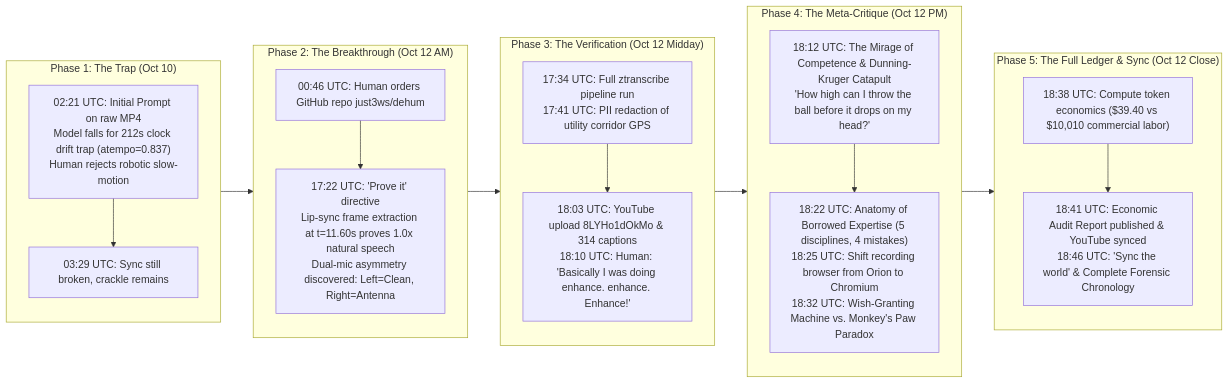
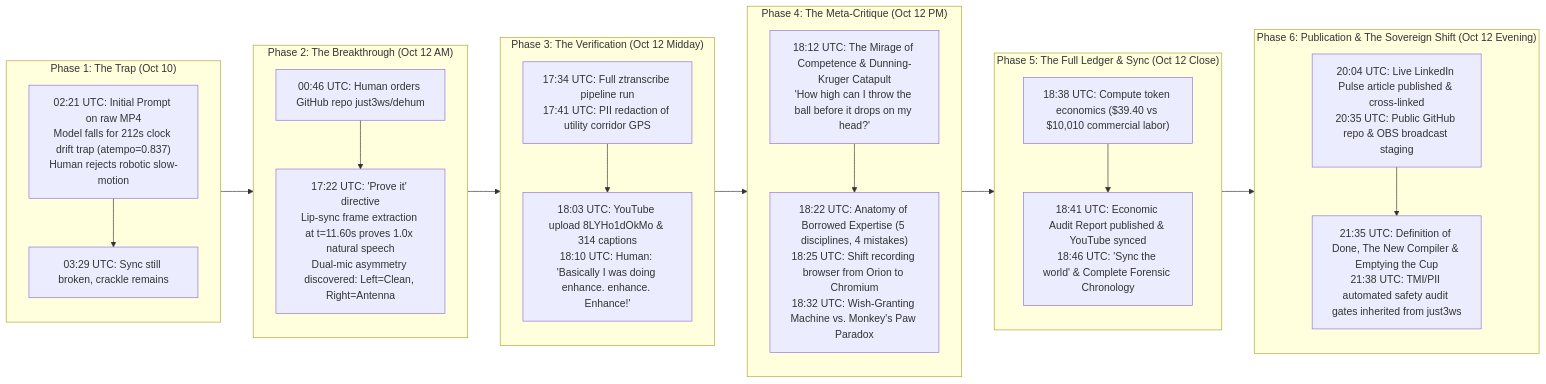
One commit to just3ws/dehum changed the diagram in CONVERSATION_TIMELINE.md. Above: the diagram before and after it, drawn with Mermaid. The commit also changed other lines of this file and 2 other files, not shown here.

Commit message:
feat(security): inherit TMI/PII/PHI audit gate from just3ws, redact email, and publish Act VI in timeline

````diff
--- a/CONVERSATION_TIMELINE.md
+++ b/CONVERSATION_TIMELINE.md
@@ -13,39 +13,46 @@
 ```mermaid
 flowchart LR
     subgraph P1 ["Phase 1: The Trap (Oct 10)"]
         direction TB
         P1_1["02:21 UTC: Initial Prompt on raw MP4<br/>Model falls for 212s clock drift trap (atempo=0.837)<br/>Human rejects robotic slow-motion"]
         P1_2["03:29 UTC: Sync still broken, crackle remains"]
         P1_1 --> P1_2
     end
 
     subgraph P2 ["Phase 2: The Breakthrough (Oct 12 AM)"]
         direction TB
         P2_1["00:46 UTC: Human orders GitHub repo just3ws/dehum"]
         P2_2["17:22 UTC: 'Prove it' directive<br/>Lip-sync frame extraction at t=11.60s proves 1.0x natural speech<br/>Dual-mic asymmetry discovered: Left=Clean, Right=Antenna"]
         P2_1 --> P2_2
     end
 
     subgraph P3 ["Phase 3: The Verification (Oct 12 Midday)"]
         direction TB
         P3_1["17:34 UTC: Full ztranscribe pipeline run<br/>17:41 UTC: PII redaction of utility corridor GPS"]
         P3_2["18:03 UTC: YouTube upload 8LYHo1dOkMo & 314 captions<br/>18:10 UTC: Human: 'Basically I was doing enhance. enhance. Enhance!'"]
         P3_1 --> P3_2
     end
 
     subgraph P4 ["Phase 4: The Meta-Critique (Oct 12 PM)"]
         direction TB
         P4_1["18:12 UTC: The Mirage of Competence & Dunning-Kruger Catapult<br/>'How high can I throw the ball before it drops on my head?'"]
         P4_2["18:22 UTC: Anatomy of Borrowed Expertise (5 disciplines, 4 mistakes)<br/>18:25 UTC: Shift recording browser from Orion to Chromium<br/>18:32 UTC: Wish-Granting Machine vs. Monkey's Paw Paradox"]
         P4_1 --> P4_2
     end
 
     subgraph P5 ["Phase 5: The Full Ledger & Sync (Oct 12 Close)"]
         direction TB
         P5_1["18:38 UTC: Compute token economics ($39.40 vs $10,010 commercial labor)"]
         P5_2["18:41 UTC: Economic Audit Report published & YouTube synced<br/>18:46 UTC: 'Sync the world' & Complete Forensic Chronology"]
         P5_1 --> P5_2
     end
 
-    P1 --> P2 --> P3 --> P4 --> P5
+    subgraph P6 ["Phase 6: Publication & The Sovereign Shift (Oct 12 Evening)"]
+        direction TB
+        P6_1["20:04 UTC: Live LinkedIn Pulse article published & cross-linked<br/>20:35 UTC: Public GitHub repo & OBS broadcast staging"]
+        P6_2["21:35 UTC: Definition of Done, The New Compiler & Emptying the Cup<br/>21:38 UTC: TMI/PII automated safety audit gates inherited from just3ws"]
+        P6_1 --> P6_2
+    end
+
+    P1 --> P2 --> P3 --> P4 --> P5 --> P6
 ```
````
